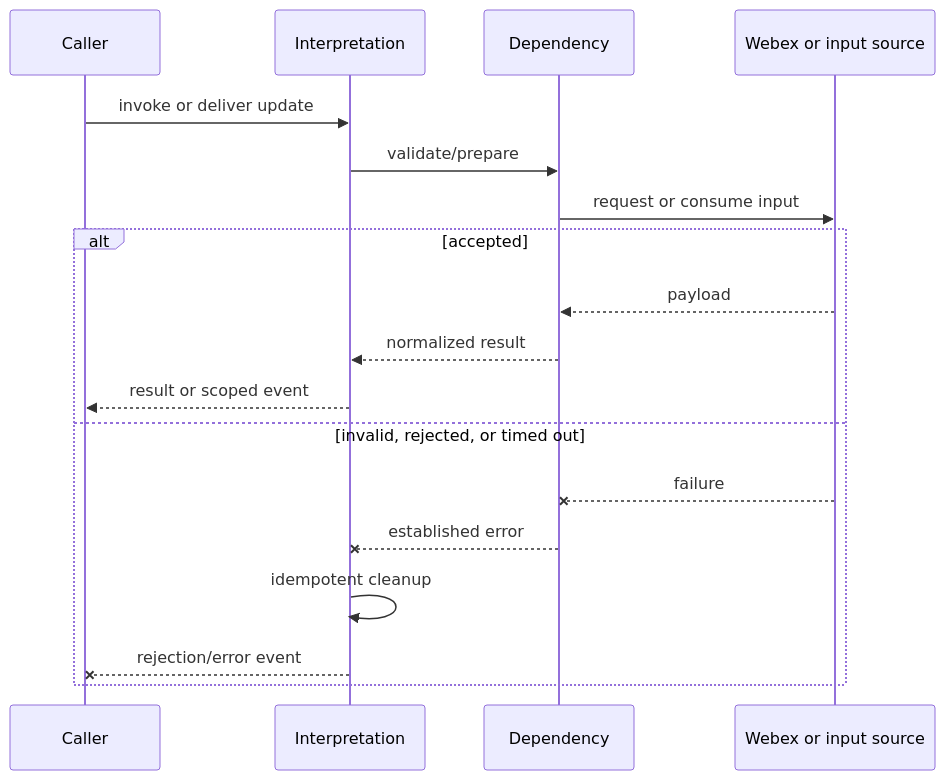
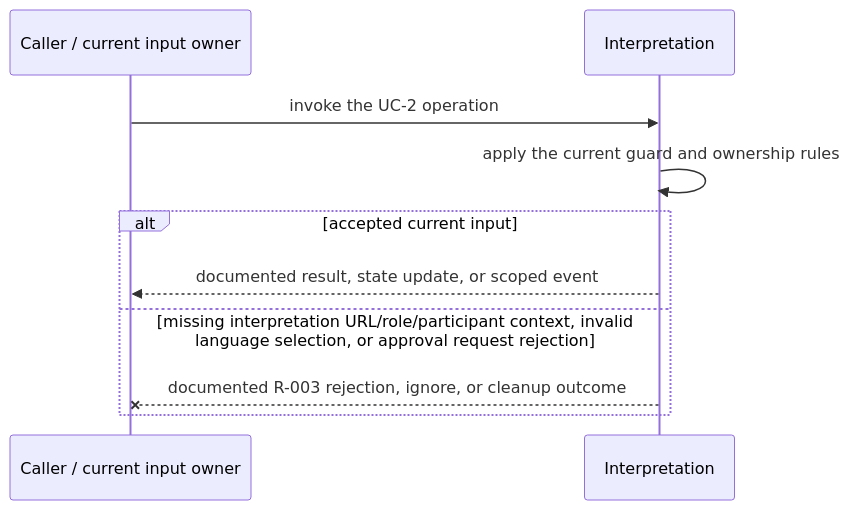
One commit to webex/webex-js-sdk changed the third of 5 diagrams in packages/@webex/plugin-meetings/src/interpretation/ai-docs/interpretation-spec.md. Above: the diagram before and after it, drawn with Mermaid. The commit also changed other lines of this file and 26 other files, not shown here.

````diff
--- a/packages/@webex/plugin-meetings/src/interpretation/ai-docs/interpretation-spec.md
+++ b/packages/@webex/plugin-meetings/src/interpretation/ai-docs/interpretation-spec.md
@@ -119,20 +141,12 @@
 ```mermaid
 sequenceDiagram
-  participant C as Caller
+  participant C as Caller / current input owner
   participant M as Interpretation
-  participant D as Dependency
-  participant W as Webex or input source
-  C->>M: invoke or deliver update
-  M->>D: validate/prepare
-  D->>W: request or consume input
-  alt accepted
-    W-->>D: payload
-    D-->>M: normalized result
-    M-->>C: result or scoped event
-  else invalid, rejected, or timed out
-    W--xD: failure
-    D--xM: established error
-    M->>M: idempotent cleanup
-    M--xC: rejection/error event
+  C->>M: invoke the UC-2 operation
+  M->>M: apply the current guard and ownership rules
+  alt accepted current input
+    M-->>C: documented result, state update, or scoped event
+  else missing interpretation URL/role/participant context, invalid language selection, or approval request rejection
+    M--xC: documented R-003 rejection, ignore, or cleanup outcome
   end
 ```
````
